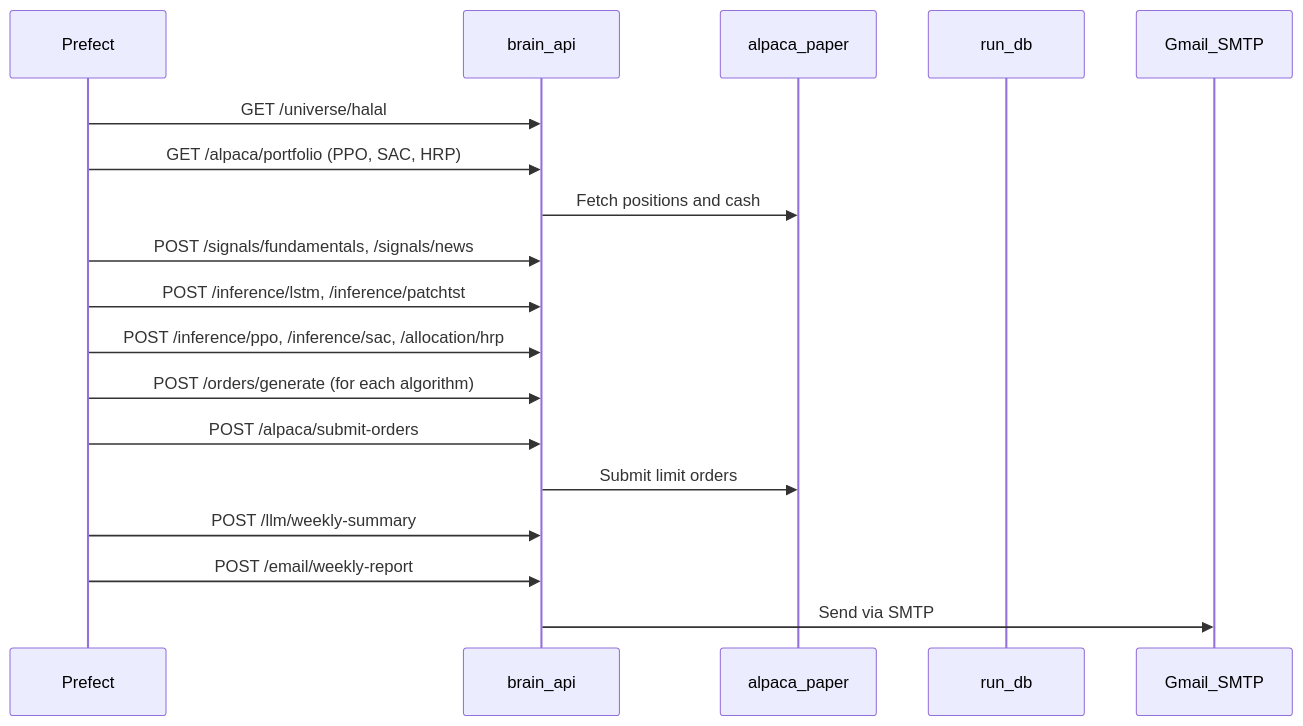
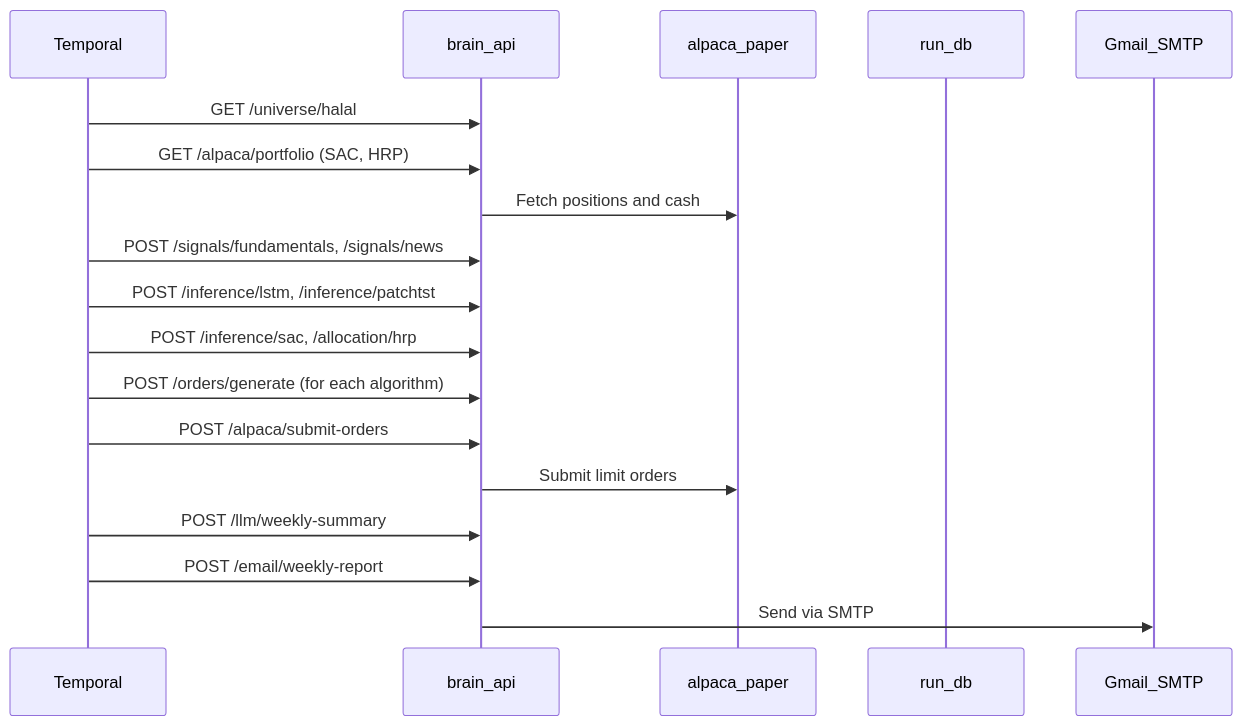
The second of 4 diagrams in README.md (hajirazin/LearnFinance-2025), drawn with Mermaid before and after one commit. The commit also changed other lines of this file and 125 other files, not shown here.

First line of the commit message:
refactor(*): remove PPO/Prefect/n8n, add async training jobs, CAGR promotion gate

````diff
--- a/README.md
+++ b/README.md
@@ -229,21 +214,21 @@
 ```mermaid
 sequenceDiagram
-  participant Prefect as Prefect
+  participant Temporal as Temporal
   participant Brain as brain_api
   participant Alpaca as alpaca_paper
   participant DB as run_db
   participant Email as Gmail_SMTP
 
-  Prefect->>Brain: GET /universe/halal
-  Prefect->>Brain: GET /alpaca/portfolio (PPO, SAC, HRP)
+  Temporal->>Brain: GET /universe/halal
+  Temporal->>Brain: GET /alpaca/portfolio (SAC, HRP)
   Brain->>Alpaca: Fetch positions and cash
-  Prefect->>Brain: POST /signals/fundamentals, /signals/news
-  Prefect->>Brain: POST /inference/lstm, /inference/patchtst
-  Prefect->>Brain: POST /inference/ppo, /inference/sac, /allocation/hrp
-  Prefect->>Brain: POST /orders/generate (for each algorithm)
-  Prefect->>Brain: POST /alpaca/submit-orders
+  Temporal->>Brain: POST /signals/fundamentals, /signals/news
+  Temporal->>Brain: POST /inference/lstm, /inference/patchtst
+  Temporal->>Brain: POST /inference/sac, /allocation/hrp
+  Temporal->>Brain: POST /orders/generate (for each algorithm)
+  Temporal->>Brain: POST /alpaca/submit-orders
   Brain->>Alpaca: Submit limit orders
-  Prefect->>Brain: POST /llm/weekly-summary
-  Prefect->>Brain: POST /email/weekly-report
+  Temporal->>Brain: POST /llm/weekly-summary
+  Temporal->>Brain: POST /email/weekly-report
   Brain->>Email: Send via SMTP
 ```
````
